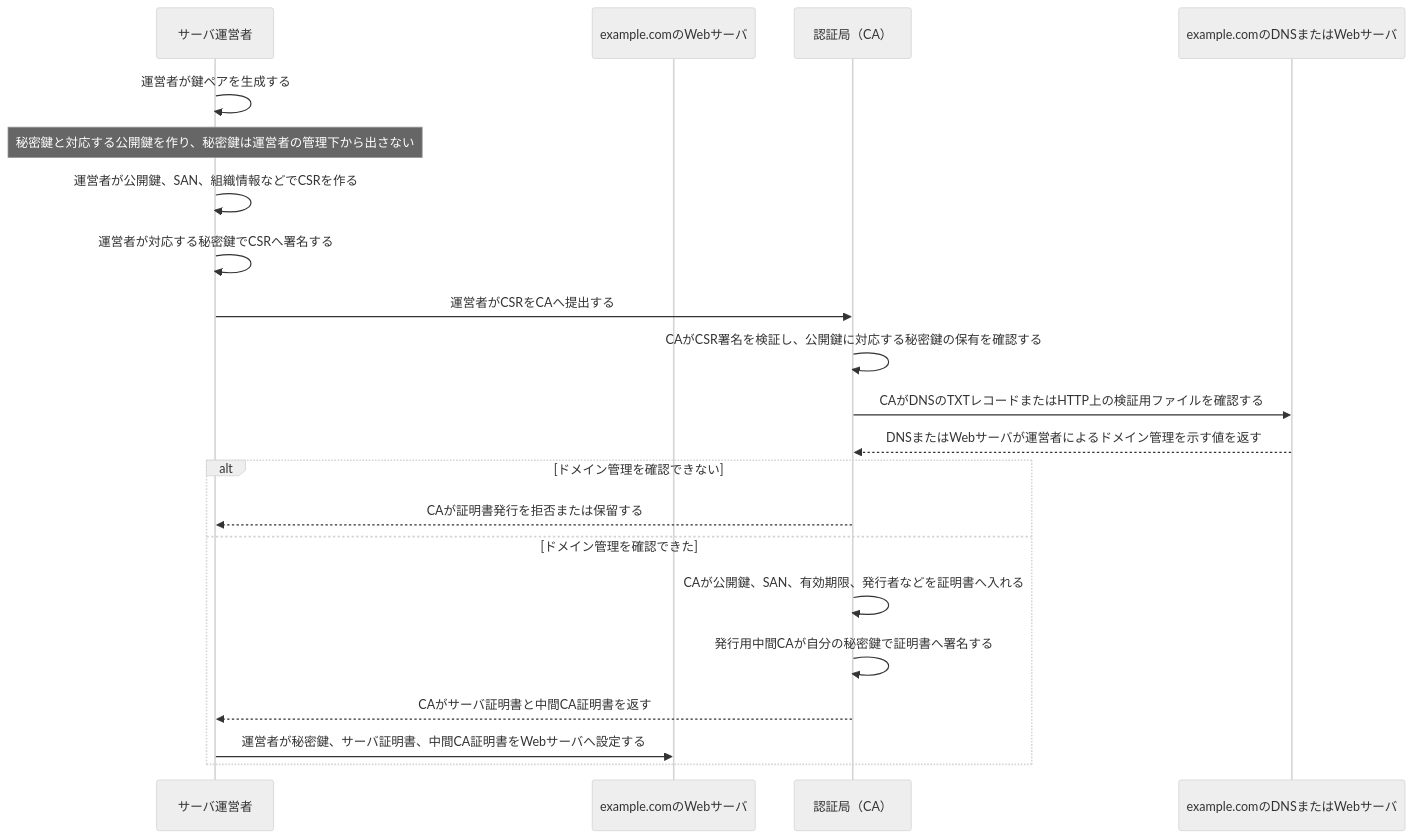
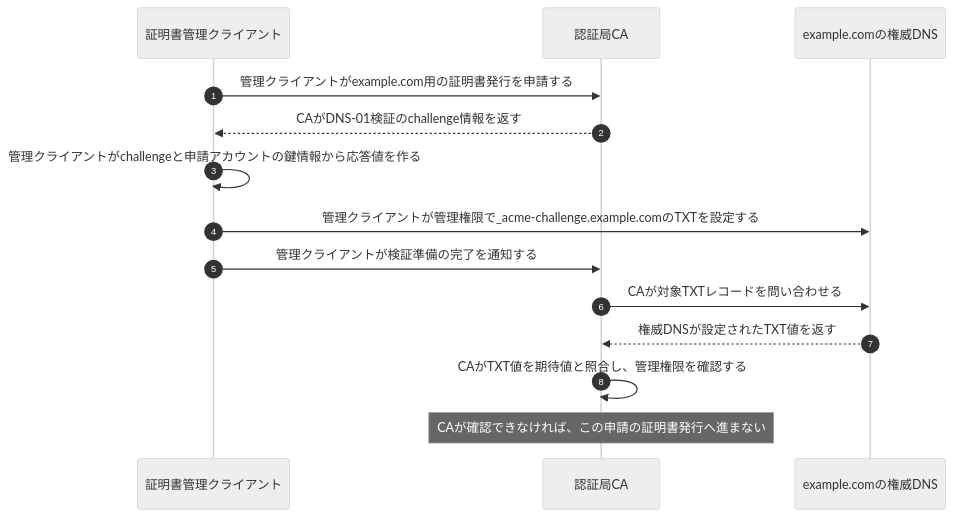
Before and after one commit to ryusuke2003/security-specialist-study: the first of 2 diagrams in 復習用/流れ図/サーバ証明書の発行.md, drawn with Mermaid (neutral theme). The commit also changed other lines of this file and 26 other files, not shown here.

Commit message:
流れ図全23資料の主体と処理段階を明確化し構造検査を追加

````diff
--- a/復習用/流れ図/サーバ証明書の発行.md
+++ b/復習用/流れ図/サーバ証明書の発行.md
@@ -5,26 +11,17 @@
 ```mermaid
 sequenceDiagram
-    participant Operator as サーバ運営者
-    participant Server as example.comのWebサーバ
-    participant CA as 認証局（CA）
-    participant DNS as example.comのDNSまたはWebサーバ
+    autonumber
+    participant C as 証明書管理クライアント
+    participant A as 認証局CA
+    participant D as example.comの権威DNS
 
-    Operator->>Operator: 運営者が鍵ペアを生成する
-    Note over Operator: 秘密鍵と対応する公開鍵を作り、秘密鍵は運営者の管理下から出さない
-    Operator->>Operator: 運営者が公開鍵、SAN、組織情報などでCSRを作る
-    Operator->>Operator: 運営者が対応する秘密鍵でCSRへ署名する
-    Operator->>CA: 運営者がCSRをCAへ提出する
-
-    CA->>CA: CAがCSR署名を検証し、公開鍵に対応する秘密鍵の保有を確認する
-    CA->>DNS: CAがDNSのTXTレコードまたはHTTP上の検証用ファイルを確認する
-    DNS-->>CA: DNSまたはWebサーバが運営者によるドメイン管理を示す値を返す
-
-    alt ドメイン管理を確認できない
-        CA-->>Operator: CAが証明書発行を拒否または保留する
-    else ドメイン管理を確認できた
-        CA->>CA: CAが公開鍵、SAN、有効期限、発行者などを証明書へ入れる
-        CA->>CA: 発行用中間CAが自分の秘密鍵で証明書へ署名する
-        CA-->>Operator: CAがサーバ証明書と中間CA証明書を返す
-        Operator->>Server: 運営者が秘密鍵、サーバ証明書、中間CA証明書をWebサーバへ設定する
-    end
+    C->>A: 管理クライアントがexample.com用の証明書発行を申請する
+    A-->>C: CAがDNS-01検証のchallenge情報を返す
+    C->>C: 管理クライアントがchallengeと申請アカウントの鍵情報から応答値を作る
+    C->>D: 管理クライアントが管理権限で_acme-challenge.example.comのTXTを設定する
+    C->>A: 管理クライアントが検証準備の完了を通知する
+    A->>D: CAが対象TXTレコードを問い合わせる
+    D-->>A: 権威DNSが設定されたTXT値を返す
+    A->>A: CAがTXT値を期待値と照合し、管理権限を確認する
+    Note over A: CAが確認できなければ、この申請の証明書発行へ進まない
 ```
````
